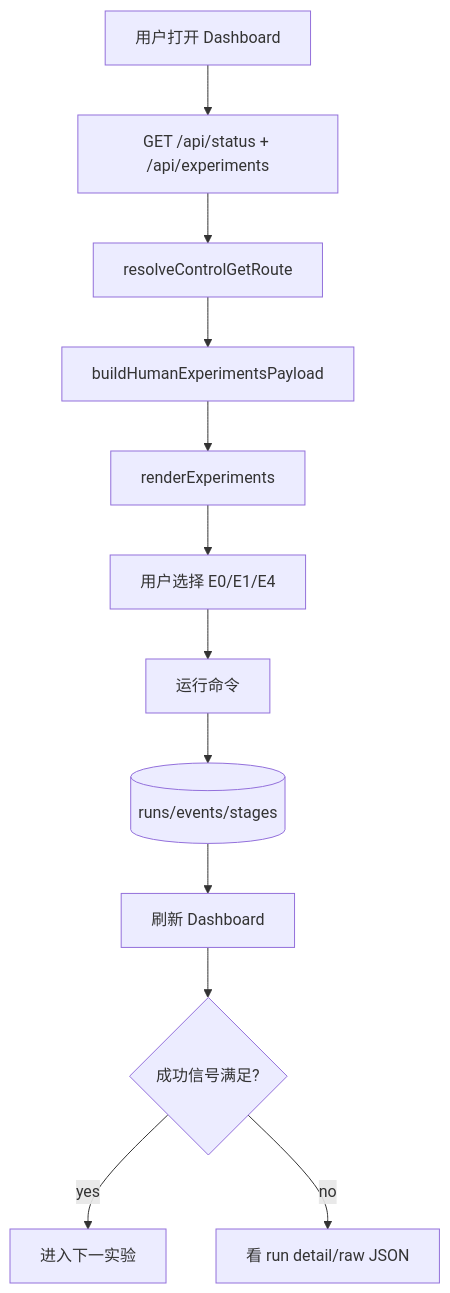
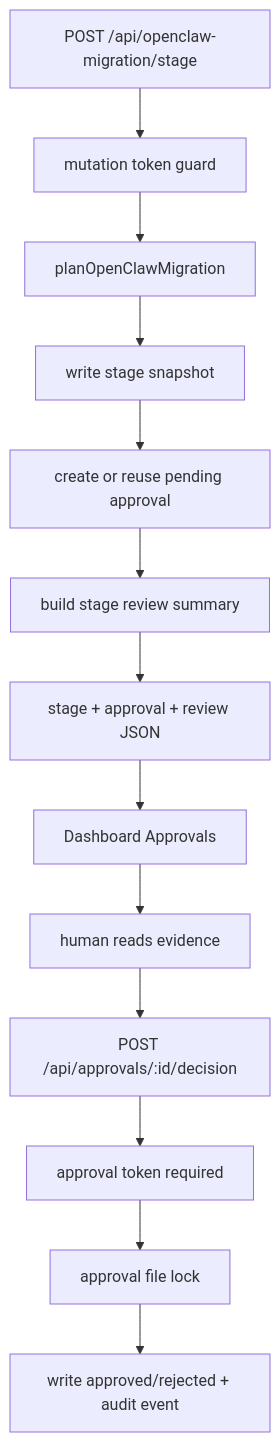
The fourth of 9 diagrams in docs/implementation-architecture.md (mayf3/myclaw), drawn with Mermaid before and after one commit. The commit also changed other lines of this file and 37 other files, not shown here.

````diff
--- a/docs/implementation-architecture.md
+++ b/docs/implementation-architecture.md
@@ -122,14 +120,15 @@
 ```mermaid
 flowchart TD
-  Start[用户打开 Dashboard] --> Fetch[GET /api/status + /api/experiments]
-  Fetch --> RouteAdapter[resolveControlGetRoute]
-  RouteAdapter --> Payload[buildHumanExperimentsPayload]
-  Payload --> Render[renderExperiments]
-  Render --> Pick[用户选择 E0/E1/E4]
-  Pick --> Run[运行命令]
-  Run --> State[(runs/events/stages)]
-  State --> Refresh[刷新 Dashboard]
-  Refresh --> Pass{成功信号满足?}
-  Pass -->|yes| Next[进入下一实验]
-  Pass -->|no| Diagnose[看 run detail/raw JSON]
+  Start[POST /api/openclaw-migration/stage] --> Auth[mutation token guard]
+  Auth --> Plan[planOpenClawMigration]
+  Plan --> Snapshot[write stage snapshot]
+  Snapshot --> Approval[create or reuse pending approval]
+  Approval --> Review[build stage review summary]
+  Review --> Response[stage + approval + review JSON]
+  Response --> Dashboard[Dashboard Approvals]
+  Dashboard --> Human[human reads evidence]
+  Human --> Decide[POST /api/approvals/:id/decision]
+  Decide --> StrictToken[approval token required]
+  StrictToken --> Lock[approval file lock]
+  Lock --> Record[write approved/rejected + audit event]
 ```
````
